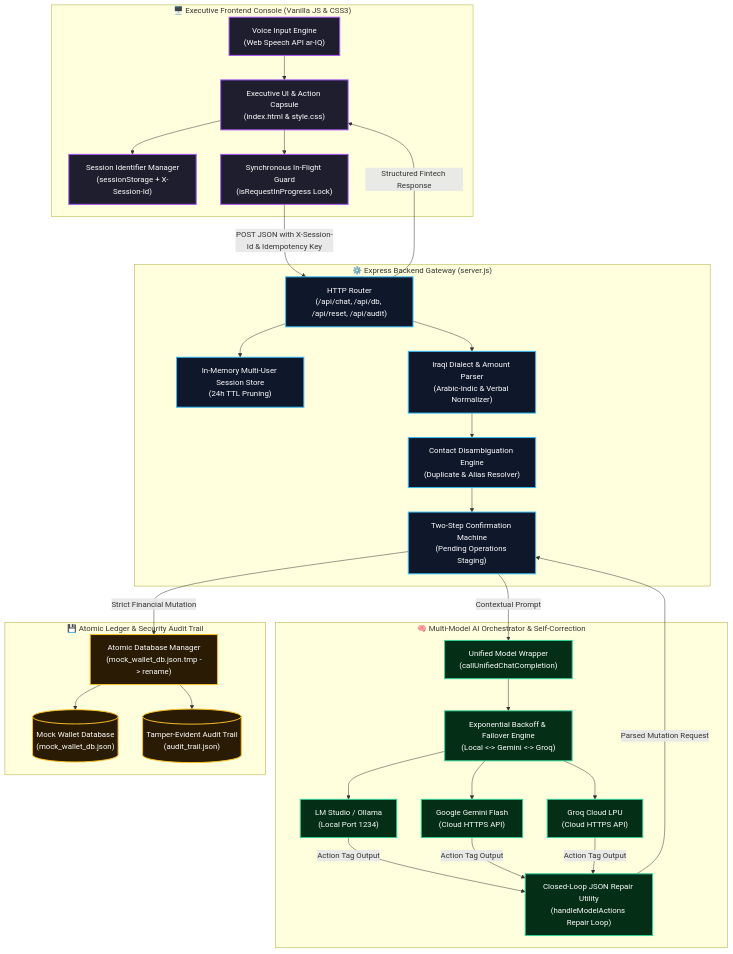
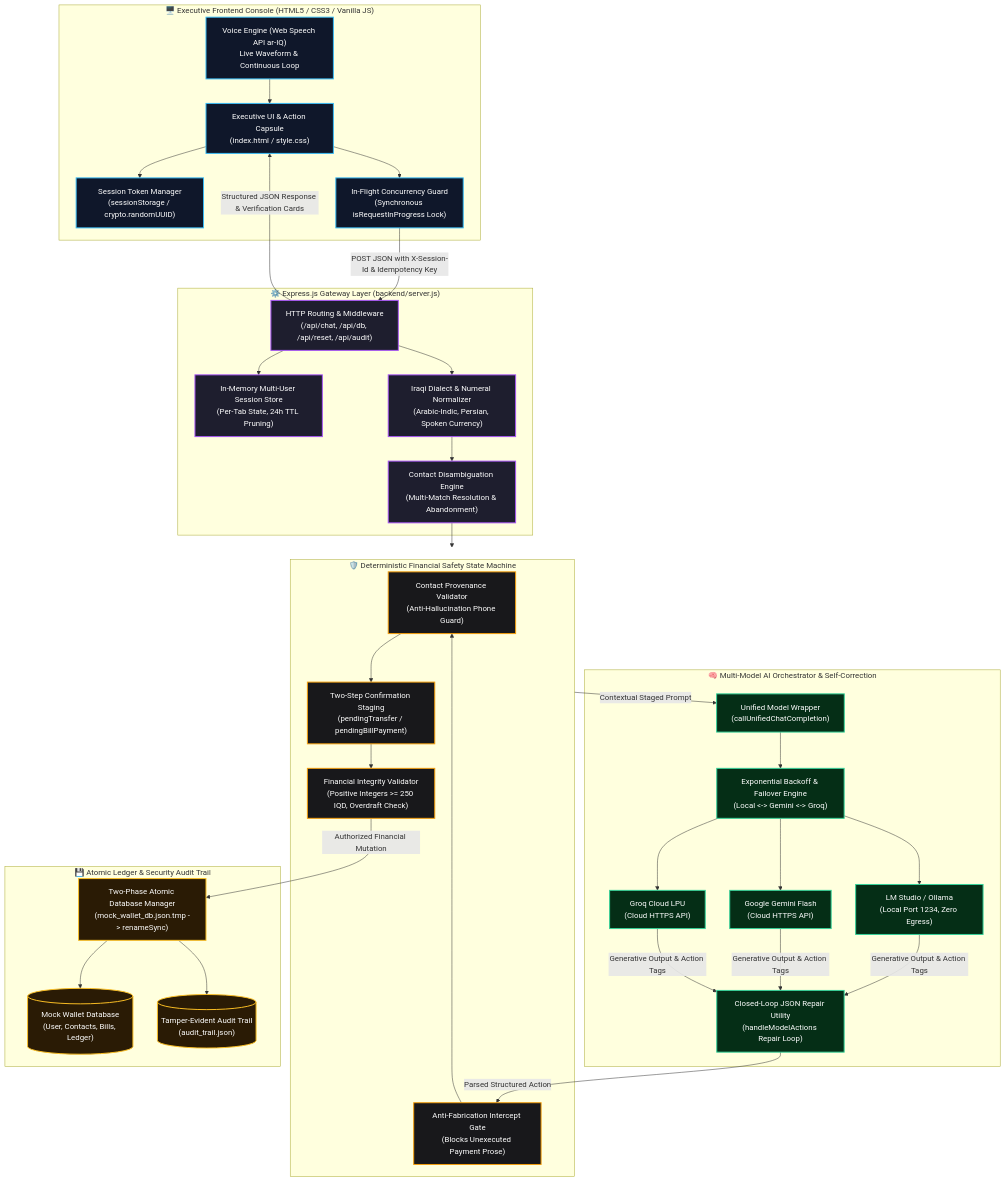
One commit to double-u9/VI changed the diagram in README.md. Above: the diagram before and after it, drawn with Mermaid. The commit also changed other lines of this file, not shown here.

Commit message:
docs: overhaul README with executive fintech design, detailed architecture diagram and explanation, 6-pillar failure recovery, and complete troubleshooting

````diff
--- a/README.md
+++ b/README.md
@@ -83,55 +89,74 @@
 ```mermaid
 flowchart TD
-    classDef clientStyle fill:#1e1e2e,stroke:#a855f7,stroke-width:2px,color:#fff;
-    classDef serverStyle fill:#0f172a,stroke:#38bdf8,stroke-width:2px,color:#fff;
+    classDef clientStyle fill:#0f172a,stroke:#38bdf8,stroke-width:2px,color:#fff;
+    classDef gatewayStyle fill:#1e1e2e,stroke:#a855f7,stroke-width:2px,color:#fff;
+    classDef safetyStyle fill:#18181b,stroke:#f59e0b,stroke-width:2px,color:#fff;
     classDef aiStyle fill:#052e16,stroke:#34d399,stroke-width:2px,color:#fff;
-    classDef dbStyle fill:#2a1b05,stroke:#fbbf24,stroke-width:2px,color:#fff;
+    classDef storageStyle fill:#2a1b05,stroke:#fbbf24,stroke-width:2px,color:#fff;
 
-    subgraph Client ["🖥️ Executive Frontend Console (Vanilla JS & CSS3)"]
-        UI["Executive UI & Action Capsule\n(index.html & style.css)"]:::clientStyle
-        Voice["Voice Input Engine\n(Web Speech API ar-IQ)"]:::clientStyle
-        SessionMgr["Session Identifier Manager\n(sessionStorage + X-Session-Id)"]:::clientStyle
-        InFlightGuard["Synchronous In-Flight Guard\n(isRequestInProgress Lock)"]:::clientStyle
+    subgraph Client ["🖥️ Executive Frontend Console (HTML5 / CSS3 / Vanilla JS)"]
+        UI["Executive UI & Action Capsule\n(index.html / style.css)"]:::clientStyle
+        Voice["Voice Engine (Web Speech API ar-IQ)\nLive Waveform & Continuous Loop"]:::clientStyle
+        SessionMgr["Session Token Manager\n(sessionStorage / crypto.randomUUID)"]:::clientStyle
+        InFlightGuard["In-Flight Concurrency Guard\n(Synchronous isRequestInProgress Lock)"]:::clientStyle
     end
 
-    subgraph Gateway ["⚙️ Express Backend Gateway (server.js)"]
-        Router["HTTP Router\n(/api/chat, /api/db, /api/reset, /api/audit)"]:::serverStyle
-        SessionStore["In-Memory Multi-User Session Store\n(24h TTL Pruning)"]:::serverStyle
-        DialectNLP["Iraqi Dialect & Amount Parser\n(Arabic-Indic & Verbal Normalizer)"]:::serverStyle
-        Disambiguation["Contact Disambiguation Engine\n(Duplicate & Alias Resolver)"]:::serverStyle
-        SafetyGate["Two-Step Confirmation Machine\n(Pending Operations Staging)"]:::serverStyle
+    subgraph Gateway ["⚙️ Express.js Gateway Layer (backend/server.js)"]
+        Router["HTTP Routing & Middleware\n(/api/chat, /api/db, /api/reset, /api/audit)"]:::gatewayStyle
+        SessionStore["In-Memory Multi-User Session Store\n(Per-Tab State, 24h TTL Pruning)"]:::gatewayStyle
+        DialectNLP["Iraqi Dialect & Numeral Normalizer\n(Arabic-Indic, Persian, Spoken Currency)"]:::gatewayStyle
+        Disambiguation["Contact Disambiguation Engine\n(Multi-Match Resolution & Abandonment)"]:::gatewayStyle
+    end
+
+    subgraph Safety ["🛡️ Deterministic Financial Safety State Machine"]
+        Provenance["Contact Provenance Validator\n(Anti-Hallucination Phone Guard)"]:::safetyStyle
+        Staging["Two-Step Confirmation Staging\n(pendingTransfer / pendingBillPayment)"]:::safetyStyle
+        AntiFabrication["Anti-Fabrication Intercept Gate\n(Blocks Unexecuted Payment Prose)"]:::safetyStyle
+        Integrity["Financial Integrity Validator\n(Positive Integers >= 250 IQD, Overdraft Check)"]:::safetyStyle
     end
 
     subgraph AI ["🧠 Multi-Model AI Orchestrator & Self-Correction"]
         Orchestrator["Unified Model Wrapper\n(callUnifiedChatCompletion)"]:::aiStyle
         RetryFailover["Exponential Backoff & Failover Engine\n(Local <-> Gemini <-> Groq)"]:::aiStyle
         SelfCorrection["Closed-Loop JSON Repair Utility\n(handleModelActions Repair Loop)"]:::aiStyle
-        LocalLM["LM Studio / Ollama\n(Local Port 1234)"]:::aiStyle
+        LocalLM["LM Studio / Ollama\n(Local Port 1234, Zero Egress)"]:::aiStyle
         Gemini["Google Gemini Flash\n(Cloud HTTPS API)"]:::aiStyle
         Groq["Groq Cloud LPU\n(Cloud HTTPS API)"]:::aiStyle
     end
 
-    subgraph Ledger ["💾 Atomic Ledger & Security Audit Trail"]
-        DBAtomic["Atomic Database Manager\n(mock_wallet_db.json.tmp -> rename)"]:::dbStyle
-        DBFile[("Mock Wallet Database\n(mock_wallet_db.json)")]:::dbStyle
-        AuditTrail[("Tamper-Evident Audit Trail\n(audit_trail.json)")]:::dbStyle
+    subgraph Storage ["💾 Atomic Ledger & Security Audit Trail"]
+        DBAtomic["Two-Phase Atomic Database Manager\n(mock_wallet_db.json.tmp -> renameSync)"]:::storageStyle
+        DBFile[("Mock Wallet Database\n(User, Contacts, Bills, Ledger)")]:::storageStyle
+        AuditTrail[("Tamper-Evident Audit Trail\n(audit_trail.json)")]:::storageStyle
     end
 
+    %% Client Interactions
+    Voice --> UI
     UI --> SessionMgr
-    Voice --> UI
     UI --> InFlightGuard
     InFlightGuard -->|POST JSON with X-Session-Id & Idempotency Key| Router
+
+    %% Gateway Routing & Normalization
     Router --> SessionStore
     Router --> DialectNLP
     DialectNLP --> Disambiguation
-    Disambiguation --> SafetyGate
-    SafetyGate -->|Contextual Prompt| Orchestrator
+    Disambiguation --> Safety
+
+    %% Safety to AI & AI to Safety
+    Safety -->|Contextual Staged Prompt| Orchestrator
     Orchestrator --> RetryFailover
     RetryFailover --> LocalLM & Gemini & Groq
-    LocalLM & Gemini & Groq -->|Action Tag Output| SelfCorrection
-    SelfCorrection -->|Parsed Mutation Request| SafetyGate
-    SafetyGate -->|Strict Financial Mutation| DBAtomic
+    LocalLM & Gemini & Groq -->|Generative Output & Action Tags| SelfCorrection
+    SelfCorrection -->|Parsed Structured Action| AntiFabrication
+
+    %% Safety Verification to Atomic Mutation
+    AntiFabrication --> Provenance
+    Provenance --> Staging
+    Staging --> Integrity
+    Integrity -->|Authorized Financial Mutation| DBAtomic
+
+    %% Storage & Response
     DBAtomic --> DBFile
     DBAtomic --> AuditTrail
-    Router -->|Structured Fintech Response| UI
+    Router -->|Structured JSON Response & Verification Cards| UI
 ```
````
